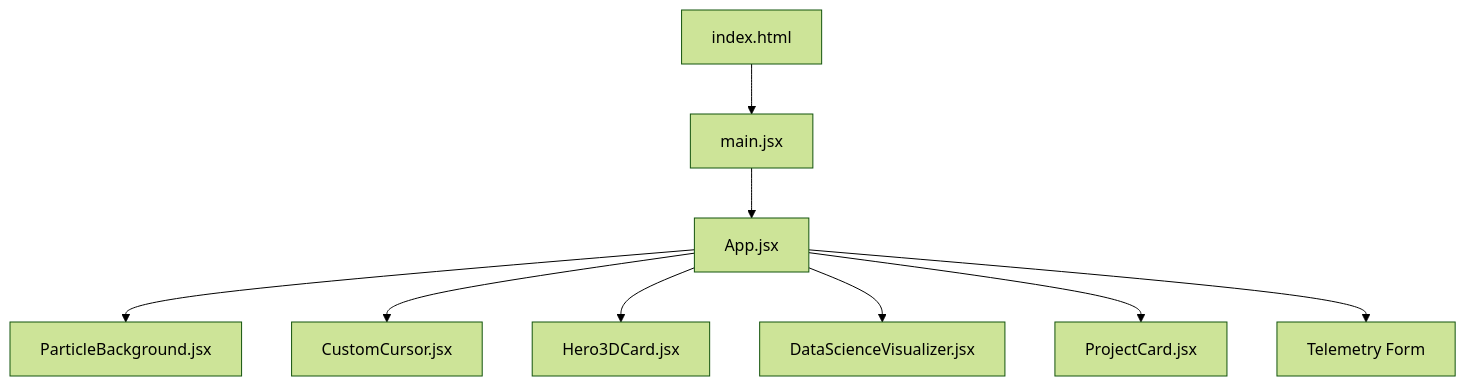
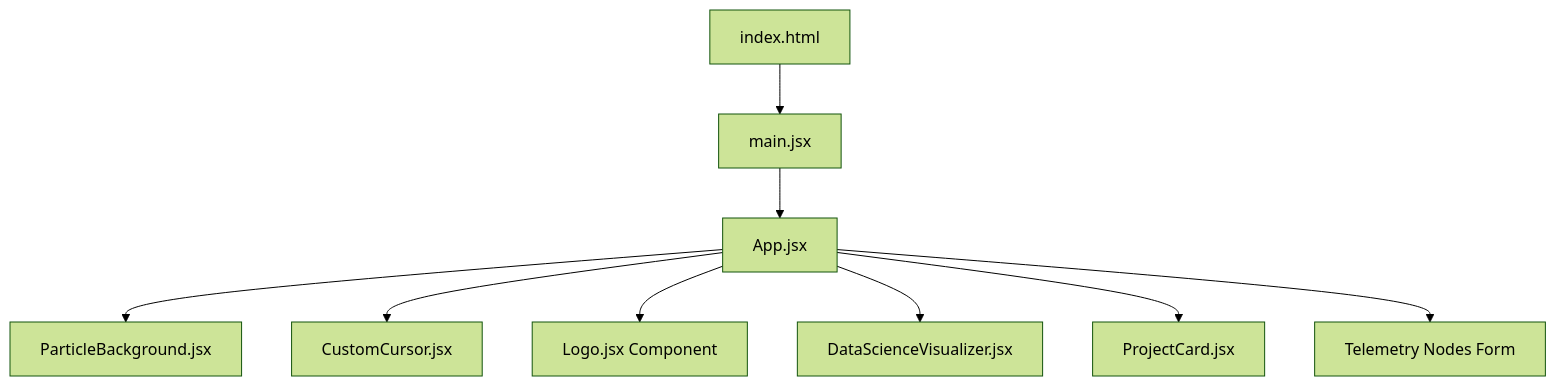
Before and after one commit to UdayPatnala/portifolio: the diagram in README.md, drawn with Mermaid (forest theme). The commit also changed other lines of this file and 3 other files, not shown here.

````diff
--- a/README.md
+++ b/README.md
@@ -52,11 +72,11 @@
 ```mermaid
 graph TD
     A[index.html] --> B[main.jsx]
     B --> C[App.jsx]
     C --> D[ParticleBackground.jsx]
     C --> E[CustomCursor.jsx]
-    C --> F[Hero3DCard.jsx]
+    C --> F[Logo.jsx Component]
     C --> G[DataScienceVisualizer.jsx]
     C --> H[ProjectCard.jsx]
-    C --> I[Telemetry Form]
+    C --> I[Telemetry Nodes Form]
 ```
````
